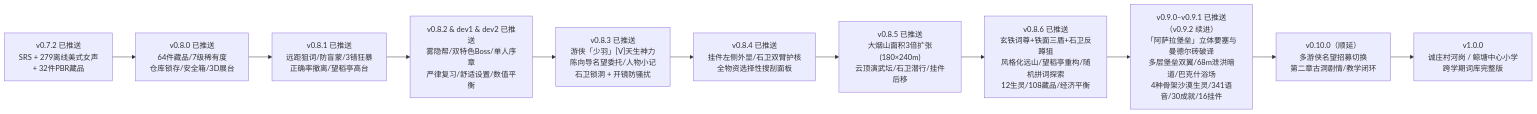
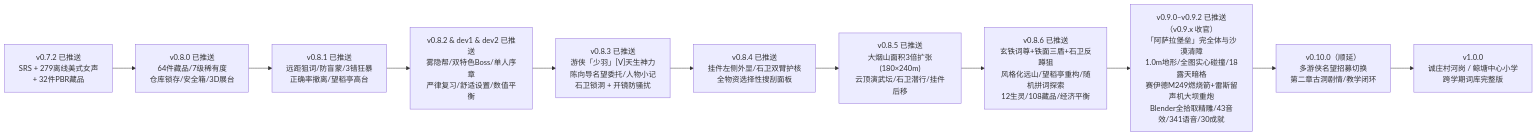
Before and after one commit to dingzhw/yanshan_force: the diagram in docs/游戏发展路线图.md, drawn with Mermaid. The commit also changed other lines of this file and 40 other files, not shown here.

````diff
--- a/docs/游戏发展路线图.md
+++ b/docs/游戏发展路线图.md
@@ -10,16 +10,16 @@
 ```mermaid
 flowchart LR
     V072["v0.7.2 已推送<br/>SRS + 279离线美式女声<br/>+ 32件PBR藏品"]
     V080["v0.8.0 已推送<br/>64件藏品/7级稀有度<br/>仓库锁存/安全箱/3D展台"]
     V081["v0.8.1 已推送<br/>远距狙词/防盲蒙/3错狂暴<br/>正确率撤离/望稻亭高台"]
     V082["v0.8.2 & dev1 & dev2 已推送<br/>雾隐帮/双特色Boss/单人序章<br/>严律复习/舒适设置/数值平衡"]
     V083["v0.8.3 已推送<br/>游侠「少羽」[V]天生神力<br/>陈向导名望委托/人物小记<br/>石卫锁洞 + 开镜防骚扰"]
     V084["v0.8.4 已推送<br/>挂件左侧外显/石卫双臂护核<br/>全物资选择性搜刮面板"]
     V085["v0.8.5 已推送<br/>大烟山面积3倍扩张(180×240m)<br/>云顶演武坛/石卫潜行/挂件后移"]
     V086["v0.8.6 已推送<br/>玄铁词尊+铁面三盾+石卫反蹲狙<br/>风格化远山/望稻亭重构/随机拼词探索<br/>12生灵/108藏品/经济平衡"]
-    V090["v0.9.0–v0.9.1 已推送（v0.9.2 续进）<br/>「阿萨拉堡垒」立体要塞与曼德尔砖破译<br/>多层堡垒双翼/68m泄洪暗道/巴克什浴场<br/>4种骨架沙漠生灵/341语音/30成就/16挂件"]
+    V090["v0.9.0–v0.9.2 已推送（v0.9.x 收官）<br/>「阿萨拉堡垒」完全体与沙漠清障<br/>1.0m地形/全图实心碰撞/18露天暗格<br/>赛伊德M249燃烧箭+雷斯留声机大坝重炮<br/>Blender全拾取精雕/43音效/341语音/30成就"]
     V010["v0.10.0（顺延）<br/>多游侠名望招募切换<br/>第二章古洞剧情/教学闭环"]
     V100["v1.0.0<br/>诚庄村河岗 / 鲸塘中心小学<br/>跨学期词库完整版"]
 
     V072 --> V080 --> V081 --> V082 --> V083 --> V084 --> V085 --> V086 --> V090 --> V010 --> V100
 ```
````
